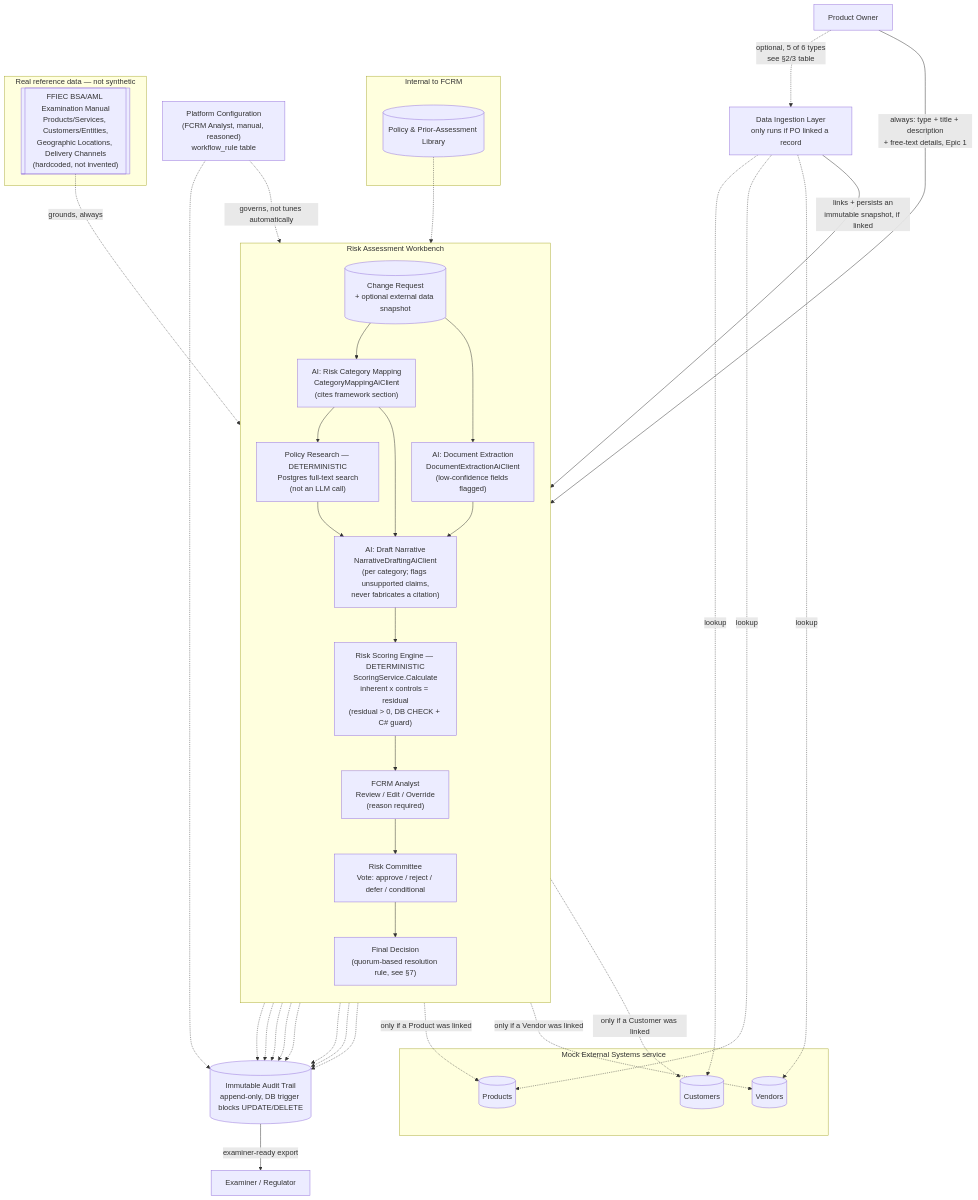
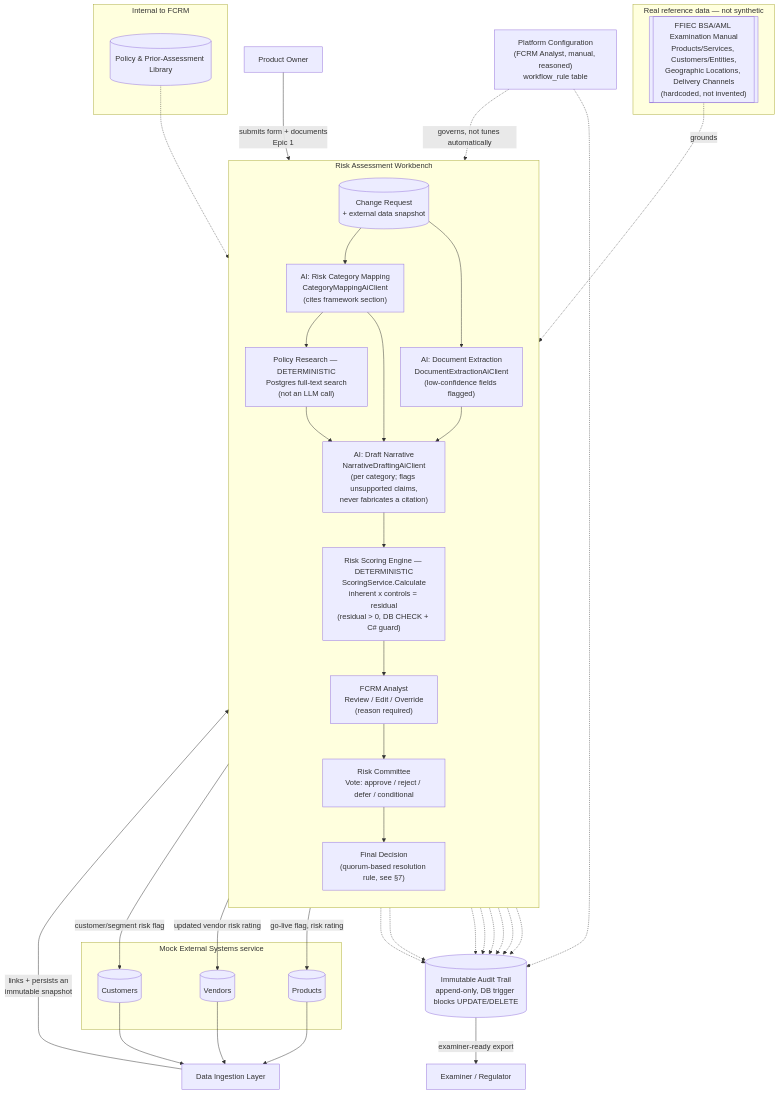
Before and after one commit to surajkoditala/humaid-risk-governance: the second of 5 diagrams in docs/architecture/ecosystem-diagram.md, drawn with Mermaid. The commit also changed other lines of this file, not shown here.

First line of the commit message:
Revert ecosystem diagram to Mock-Systems-as-primary intake path

````diff
--- a/docs/architecture/ecosystem-diagram.md
+++ b/docs/architecture/ecosystem-diagram.md
@@ -82,59 +69,58 @@
 ```mermaid
 flowchart TB
-    PO["Product Owner"] -->|always: type + title + description<br/>+ free-text details, Epic 1| CR
-    PO -.->|optional, 5 of 6 types<br/>see §2/3 table| INGEST
+    PO["Product Owner"] -->|submits form + documents<br/>Epic 1| CR
 
     subgraph EXT["Mock External Systems service"]
         CRM[(Customers)]
         CBS[(Products)]
         VMS[(Vendors)]
     end
 
     subgraph INTSRC["Internal to FCRM"]
         POLICYLIB[(Policy & Prior-Assessment Library)]
     end
 
     subgraph REFDATA["Real reference data — not synthetic"]
         FRAMEWORK[["FFIEC BSA/AML Examination Manual<br/>Products/Services, Customers/Entities,<br/>Geographic Locations, Delivery Channels<br/>(hardcoded, not invented)"]]
     end
 
-    INGEST[Data Ingestion Layer<br/>only runs if PO linked a record] -.->|lookup| CRM
-    INGEST -.->|lookup| CBS
-    INGEST -.->|lookup| VMS
+    CRM --> INGEST
+    CBS --> INGEST
+    VMS --> INGEST
 
-    INGEST -->|links + persists an<br/>immutable snapshot, if linked| CR[(Change Request<br/>+ optional external data snapshot)]
+    INGEST[Data Ingestion Layer] -->|links + persists an<br/>immutable snapshot| CR[(Change Request<br/>+ external data snapshot)]
 
     subgraph WORKBENCH["Risk Assessment Workbench"]
         direction TB
         CR --> MAP["AI: Risk Category Mapping<br/>CategoryMappingAiClient<br/>(cites framework section)"]
-        FRAMEWORK -. grounds, always .-> MAP
+        FRAMEWORK -. grounds .-> MAP
         CR --> EXTRACT["AI: Document Extraction<br/>DocumentExtractionAiClient<br/>(low-confidence fields flagged)"]
         MAP --> POLICY["Policy Research — DETERMINISTIC<br/>Postgres full-text search<br/>(not an LLM call)"]
         POLICYLIB -.-> POLICY
         MAP --> DRAFT["AI: Draft Narrative<br/>NarrativeDraftingAiClient<br/>(per category; flags unsupported claims,<br/>never fabricates a citation)"]
         EXTRACT --> DRAFT
         POLICY --> DRAFT
         DRAFT --> SCORE["Risk Scoring Engine — DETERMINISTIC<br/>ScoringService.Calculate<br/>inherent x controls = residual<br/>(residual > 0, DB CHECK + C# guard)"]
         SCORE --> REVIEW["FCRM Analyst<br/>Review / Edit / Override<br/>(reason required)"]
         REVIEW --> COMMITTEE["Risk Committee<br/>Vote: approve / reject / defer / conditional"]
         COMMITTEE --> DECISION["Final Decision<br/>(quorum-based resolution rule, see §7)"]
     end
 
     CONFIG["Platform Configuration<br/>(FCRM Analyst, manual, reasoned)<br/>workflow_rule table"] -.->|governs, not tunes automatically| SCORE
 
     AUDIT[("Immutable Audit Trail<br/>append-only, DB trigger blocks UPDATE/DELETE")]
     MAP -.-> AUDIT
     EXTRACT -.-> AUDIT
     POLICY -.-> AUDIT
     DRAFT -.-> AUDIT
     SCORE -.-> AUDIT
     REVIEW -.-> AUDIT
     COMMITTEE -.-> AUDIT
     DECISION -.-> AUDIT
     CONFIG -.-> AUDIT
 
-    DECISION -.->|only if a Product was linked| CBS
-    DECISION -.->|only if a Vendor was linked| VMS
-    DECISION -.->|only if a Customer was linked| CRM
+    DECISION -->|go-live flag, risk rating| CBS
+    DECISION -->|updated vendor risk rating| VMS
+    DECISION -->|customer/segment risk flag| CRM
     AUDIT -->|examiner-ready export| EXAM[Examiner / Regulator]
 ```
````
